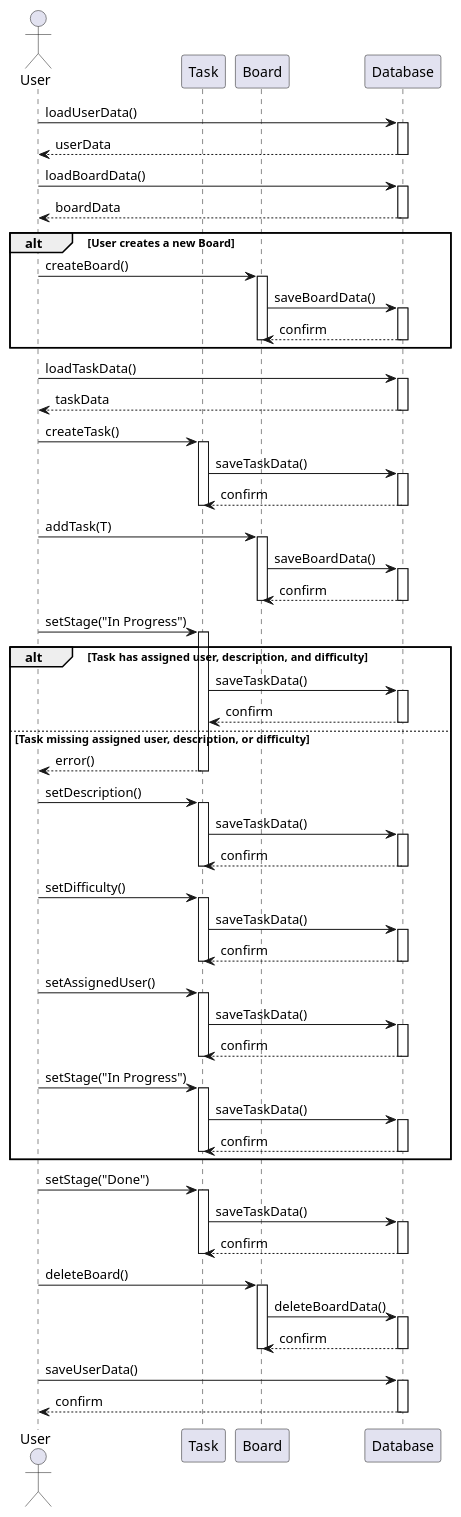
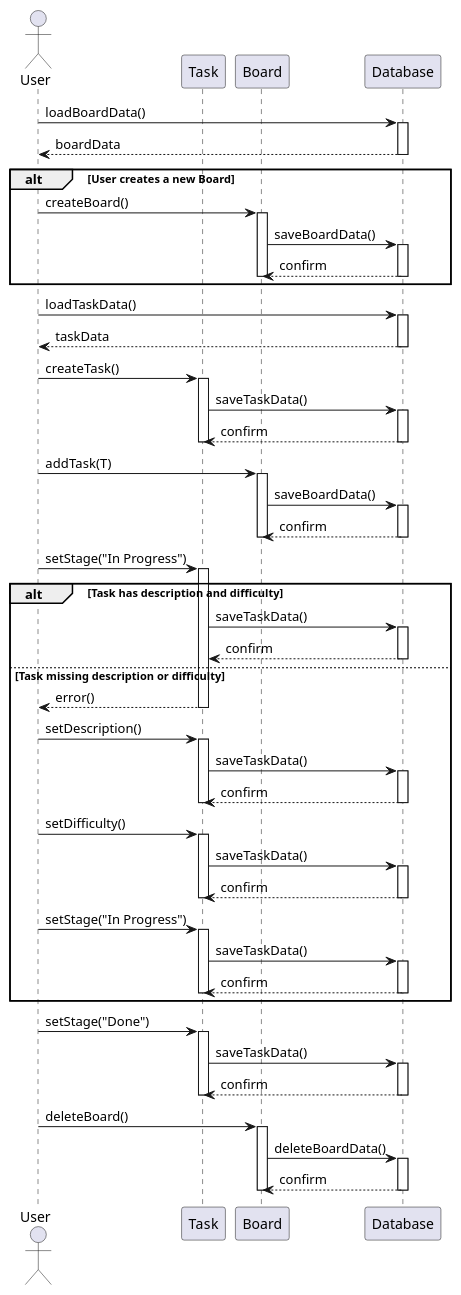
The diagram in diagrams/sequenceDiagram.puml (travisformayor/cli_kanban), drawn with PlantUML before and after one commit. The commit also changed 12 other files, not shown here.

```diff
--- a/diagrams/sequenceDiagram.puml
+++ b/diagrams/sequenceDiagram.puml
@@ -1,111 +1,94 @@
 @startuml sequenceDiagram
 
 actor User
 participant "Task" as T
 participant "Board" as B
 participant "Database" as DB
-
-User -> DB: loadUserData()
-activate DB
-DB --> User: userData
-deactivate DB
 
 User -> DB: loadBoardData()
 activate DB
 DB --> User: boardData
 deactivate DB
 
 alt User creates a new Board
   User -> B: createBoard()
   activate B
   B -> DB: saveBoardData()
   activate DB
   DB --> B: confirm
   deactivate DB
   deactivate B
 end
 
 User -> DB: loadTaskData()
 activate DB
 DB --> User: taskData
 deactivate DB
 
 User -> T: createTask()
 activate T
 T -> DB: saveTaskData()
 activate DB
 DB --> T: confirm
 deactivate DB
 deactivate T
 
 User -> B: addTask(T)
 activate B
 B -> DB: saveBoardData()
 activate DB
 DB --> B: confirm
 deactivate DB
 deactivate B
 
 'change to In Progress
 User -> T: setStage("In Progress")
 activate T
-alt Task has assigned user, description, and difficulty
+alt Task has description and difficulty
   T -> DB: saveTaskData()
   activate DB
   DB --> T: confirm
   deactivate DB
-else Task missing assigned user, description, or difficulty
+else Task missing description or difficulty
   T --> User: error() 
   deactivate T
   User -> T: setDescription()
   activate T
   T -> DB: saveTaskData()
   activate DB
   DB --> T: confirm
   deactivate DB
   deactivate T
   User -> T: setDifficulty()
-  activate T
-  T -> DB: saveTaskData()
-  activate DB
-  DB --> T: confirm
-  deactivate DB
-  deactivate T
-  User -> T: setAssignedUser()
   activate T
   T -> DB: saveTaskData()
   activate DB
   DB --> T: confirm
   deactivate DB
   deactivate T
   User -> T: setStage("In Progress")
   activate T
   T -> DB: saveTaskData()
   activate DB
   DB --> T: confirm
   deactivate DB
   deactivate T
 end
 
 User -> T: setStage("Done")
 activate T
 T -> DB: saveTaskData()
 activate DB
 DB --> T: confirm
 deactivate DB
 deactivate T
 
 User -> B: deleteBoard()
 activate B
 B -> DB: deleteBoardData()
 activate DB
 DB --> B: confirm
 deactivate DB
 deactivate B
 
-User -> DB: saveUserData()
-activate DB
-DB --> User: confirm
-deactivate DB
-
 @enduml
```
